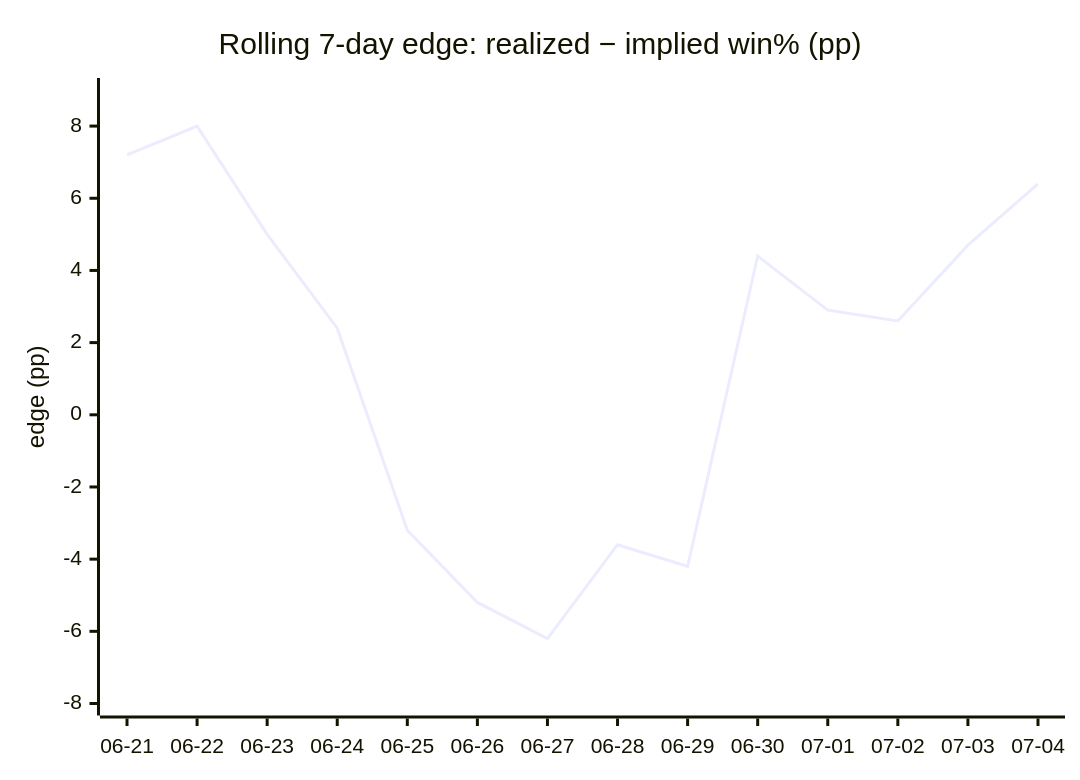
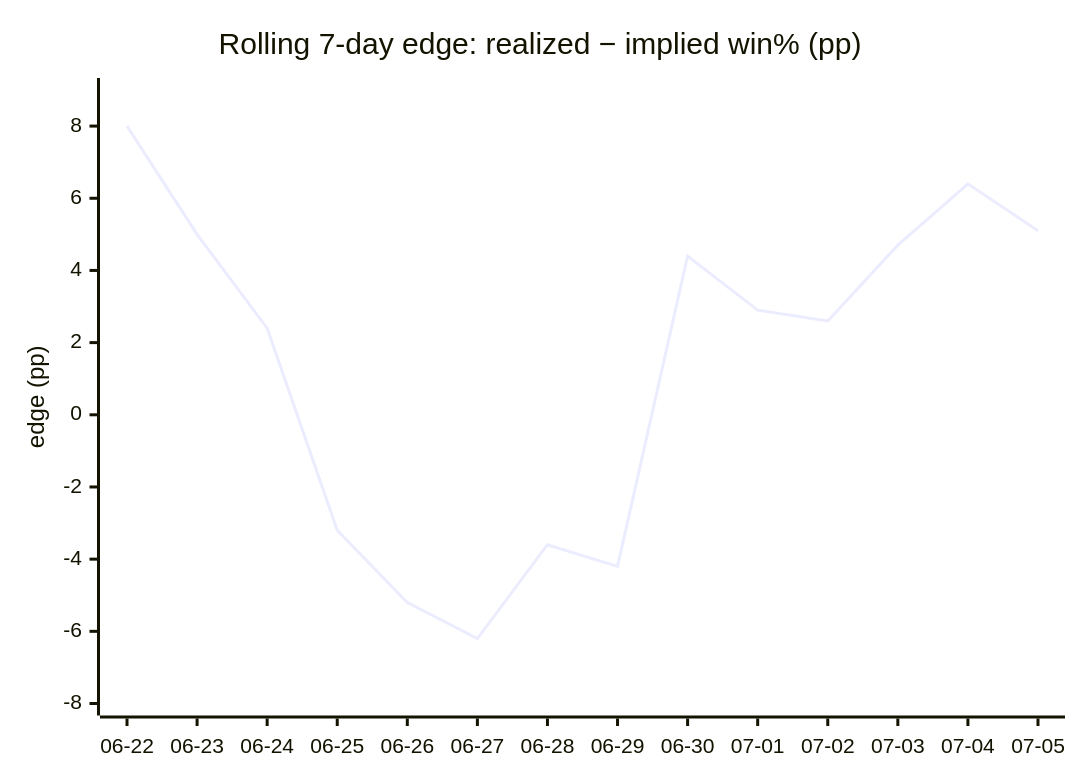
Before and after one commit to dpk1212/nhl-savant: the fifth of 5 diagrams in DAILY_AGSU_REPORT.md, drawn with Mermaid. The commit also changed other lines of this file, not shown here.

````diff
--- a/DAILY_AGSU_REPORT.md
+++ b/DAILY_AGSU_REPORT.md
@@ -543,7 +545,7 @@
 ```mermaid
 xychart-beta
     title "Rolling 7-day edge: realized − implied win% (pp)"
-    x-axis ["06-21", "06-22", "06-23", "06-24", "06-25", "06-26", "06-27", "06-28", "06-29", "06-30", "07-01", "07-02", "07-03", "07-04"]
+    x-axis ["06-22", "06-23", "06-24", "06-25", "06-26", "06-27", "06-28", "06-29", "06-30", "07-01", "07-02", "07-03", "07-04", "07-05"]
     y-axis "edge (pp)" -8 --> 9
-    line [7.2, 8, 5, 2.4, -3.2, -5.2, -6.2, -3.6, -4.2, 4.4, 2.9, 2.6, 4.7, 6.4]
+    line [8, 5, 2.4, -3.2, -5.2, -6.2, -3.6, -4.2, 4.4, 2.9, 2.6, 4.7, 6.4, 5.1]
 ```
````
